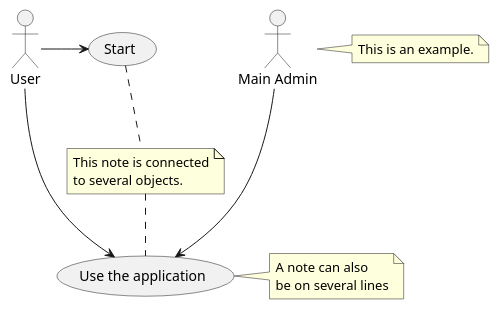
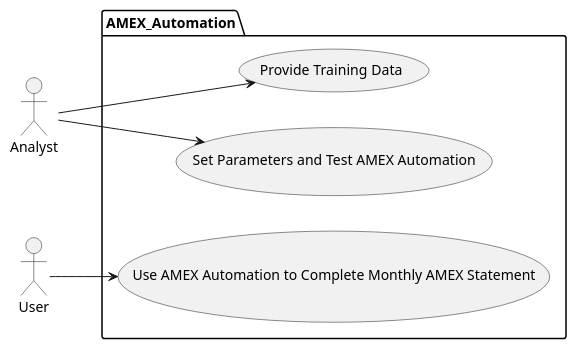
Before and after one commit to bnguy80/Amex_Automation: the diagram in 4+1 Views/context_view_use_case_diagram.puml, drawn with PlantUML. The commit also changed 4 other files, not shown here.

```diff
--- a/4+1 Views/context_view_use_case_diagram.puml
+++ b/4+1 Views/context_view_use_case_diagram.puml
@@ -1,22 +1,36 @@
 @startuml
 'https://plantuml.com/use-case-diagram
 
-:Main Admin: as Admin
-(Use the application) as (Use)
+':Main Admin: as Admin
+'(Use the application) as (Use)
+'
+'User -> (Start)
+'User --> (Use)
+'
+'Admin ---> (Use)
+'
+'note right of Admin : This is an example.
+'
+'note right of (Use)
+'A note can also
+'be on several lines
+'end note
+'
+'note "This note is connected\nto several objects." as N2
+'(Start) .. N2
+'N2 .. (Use)
 
-User -> (Start)
-User --> (Use)
+left to right direction
+actor Analyst as a
+actor User as u
 
-Admin ---> (Use)
+package AMEX_Automation {
+    usecase "Provide Training Data" as ptd
+    usecase "Set Parameters and Test AMEX Automation" as test
+    usecase "Use AMEX Automation to Complete Monthly AMEX Statement" as use
+}
+a --> ptd
+a --> test
+u --> use
 
-note right of Admin : This is an example.
-
-note right of (Use)
-A note can also
-be on several lines
-end note
-
-note "This note is connected\nto several objects." as N2
-(Start) .. N2
-N2 .. (Use)
 @enduml
```
